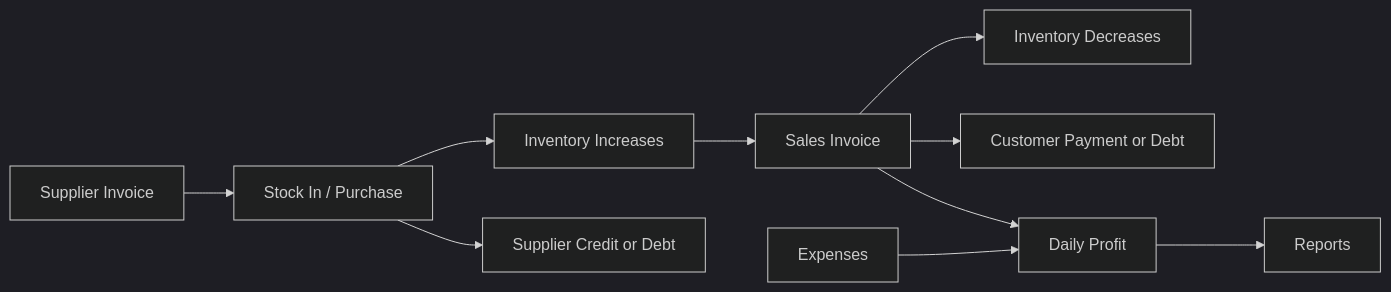
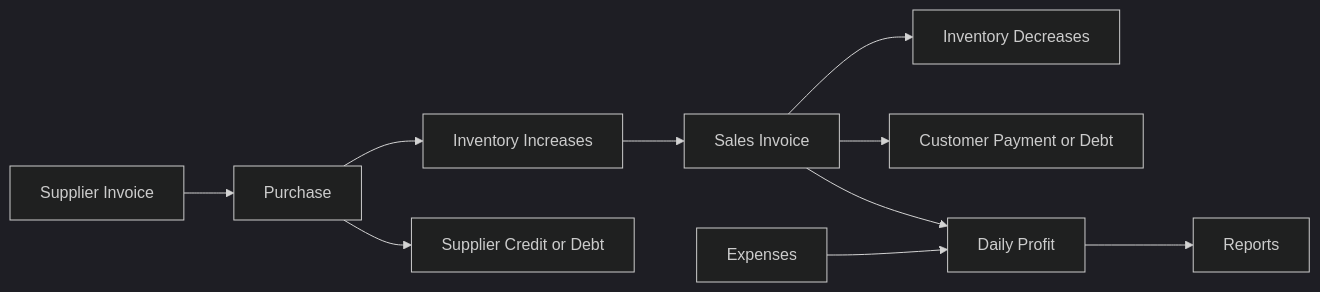
One commit to baderkothman/steel-inventory changed the first of 4 diagrams in SRS.md. Above: the diagram before and after it, drawn with Mermaid (dark theme). The commit also changed other lines of this file and 40 other files, not shown here.

````diff
--- a/SRS.md
+++ b/SRS.md
@@ -28,12 +28,12 @@
 ```mermaid
 flowchart LR
-    A[Supplier Invoice] --> B[Stock In / Purchase]
+    A[Supplier Invoice] --> B[Purchase]
     B --> C[Inventory Increases]
     C --> D[Sales Invoice]
     D --> E[Inventory Decreases]
     D --> F[Customer Payment or Debt]
     B --> G[Supplier Credit or Debt]
     H[Expenses] --> I[Daily Profit]
     D --> I
     I --> J[Reports]
 ```
````
